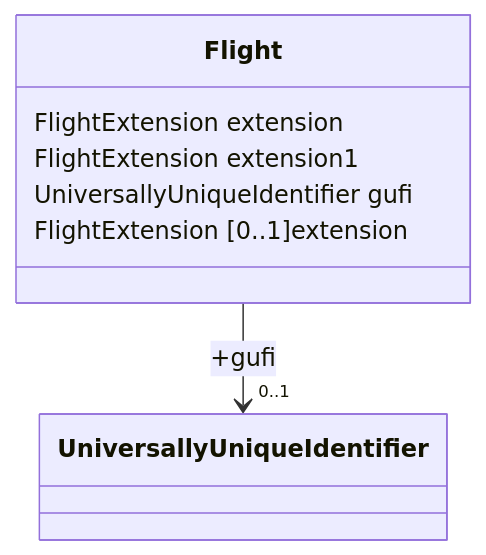
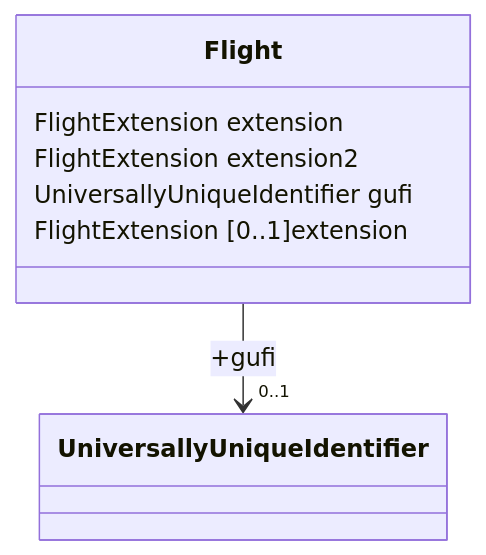
The first of 2 diagrams in docs/fixm/FIXM_UML_in_mermaid.md (du-lapin/test_docsify), drawn with Mermaid before and after one commit. The commit also changed other lines of this file, not shown here.

````diff
--- a/docs/fixm/FIXM_UML_in_mermaid.md
+++ b/docs/fixm/FIXM_UML_in_mermaid.md
@@ -4,10 +4,10 @@
 ```mermaid
 classDiagram
 class Flight{
 FlightExtension extension
-FlightExtension extension1
+FlightExtension extension2
 UniversallyUniqueIdentifier gufi
 }
 Flight : FlightExtension [0..1]extension
 Flight --> "0..1"  UniversallyUniqueIdentifier : +gufi
 ```
````
